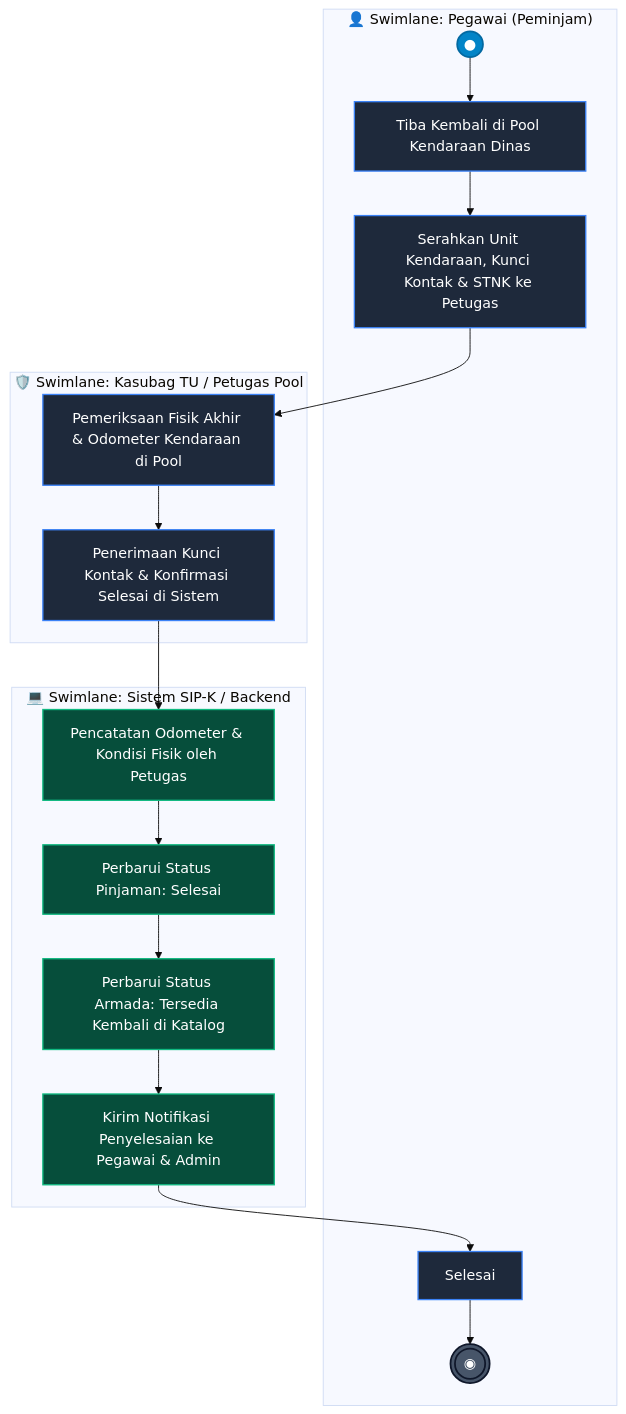
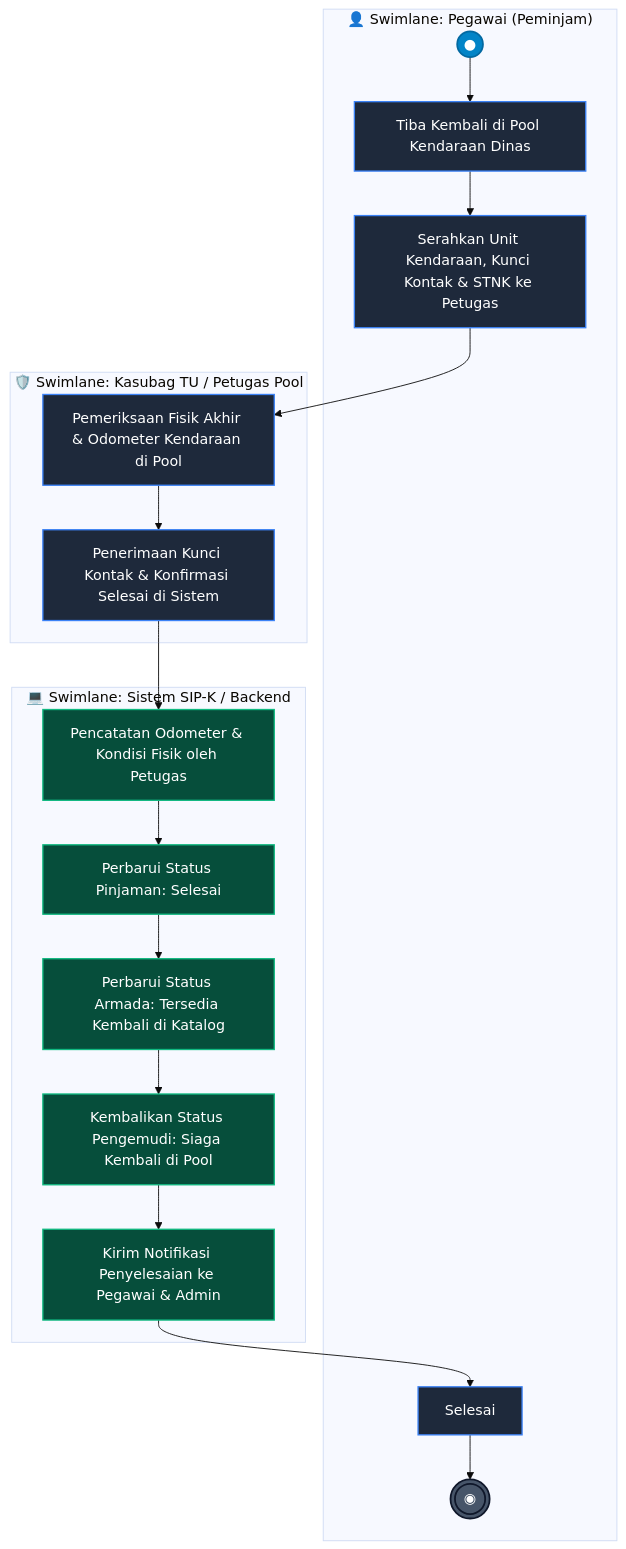
Before and after one commit to ahdewa/Sip-k: the third of 9 diagrams in README.md, drawn with Mermaid (base theme). The commit also changed other lines of this file and 3 other files, not shown here.

````diff
--- a/README.md
+++ b/README.md
@@ -322,43 +340,45 @@
 ```mermaid
 flowchart TD
     subgraph LANE_P2["👤 Swimlane: Pegawai (Peminjam)"]
         node_start2((●))
         act_ret_p1["Tiba Kembali di Pool Kendaraan Dinas"]
         act_ret_p2["Serahkan Unit Kendaraan, Kunci Kontak & STNK ke Petugas"]
         act_ret_p3["Selesai"]
         node_end_ret(((◉)))
     end
 
     subgraph LANE_S2["💻 Swimlane: Sistem SIP-K / Backend"]
         act_ret_s1["Pencatatan Odometer & Kondisi Fisik oleh Petugas"]
         act_ret_s2["Perbarui Status Pinjaman: Selesai"]
         act_ret_s3["Perbarui Status Armada: Tersedia Kembali di Katalog"]
+        act_ret_s_driver["Kembalikan Status Pengemudi: Siaga Kembali di Pool"]
         act_ret_s4["Kirim Notifikasi Penyelesaian ke Pegawai & Admin"]
     end
 
     subgraph LANE_A2["🛡️ Swimlane: Kasubag TU / Petugas Pool"]
         act_ret_a1["Pemeriksaan Fisik Akhir & Odometer Kendaraan di Pool"]
         act_ret_a2["Penerimaan Kunci Kontak & Konfirmasi Selesai di Sistem"]
     end
 
     node_start2 --> act_ret_p1
     act_ret_p1 --> act_ret_p2
     act_ret_p2 --> act_ret_a1
     act_ret_a1 --> act_ret_a2
     act_ret_a2 --> act_ret_s1
     act_ret_s1 --> act_ret_s2
     act_ret_s2 --> act_ret_s3
-    act_ret_s3 --> act_ret_s4
+    act_ret_s3 --> act_ret_s_driver
+    act_ret_s_driver --> act_ret_s4
     act_ret_s4 --> act_ret_p3
     act_ret_p3 --> node_end_ret
 
     classDef startNode fill:#0284C7,stroke:#0369A1,stroke-width:2px,color:#fff;
     classDef endNode fill:#475569,stroke:#0F172A,stroke-width:2px,color:#fff;
     classDef activity fill:#1E293B,stroke:#3B82F6,stroke-width:1.5px,color:#fff;
     classDef system fill:#064E3B,stroke:#10B981,stroke-width:1.5px,color:#fff;
 
     class node_start2 startNode;
     class node_end_ret endNode;
     class act_ret_p1,act_ret_p2,act_ret_p3,act_ret_a1,act_ret_a2 activity;
-    class act_ret_s1,act_ret_s2,act_ret_s3,act_ret_s4 system;
+    class act_ret_s1,act_ret_s2,act_ret_s3,act_ret_s_driver,act_ret_s4 system;
 ```
````
